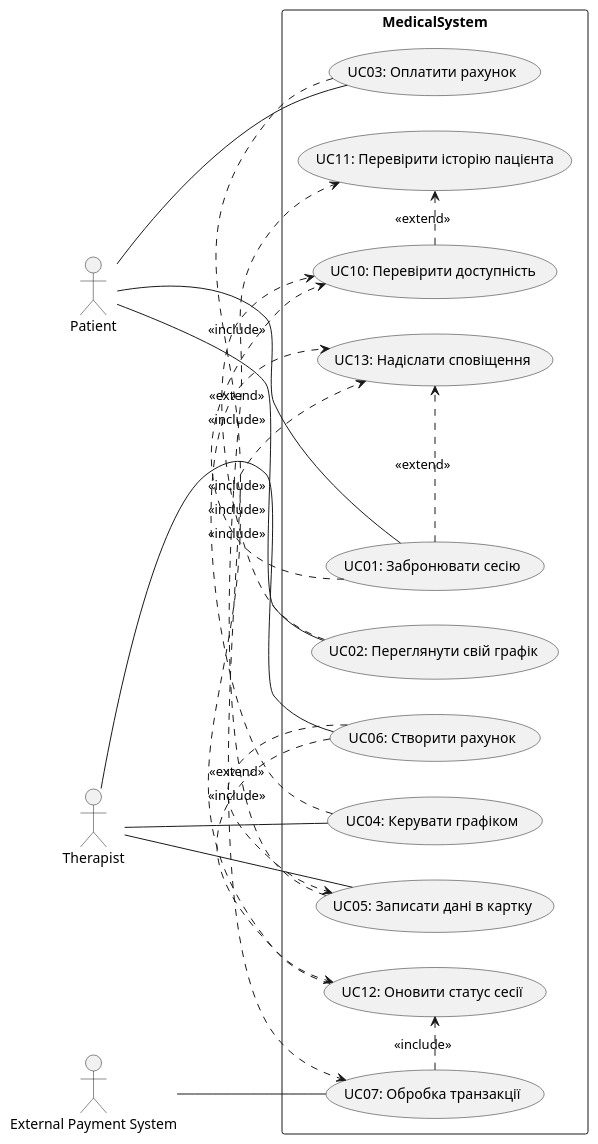
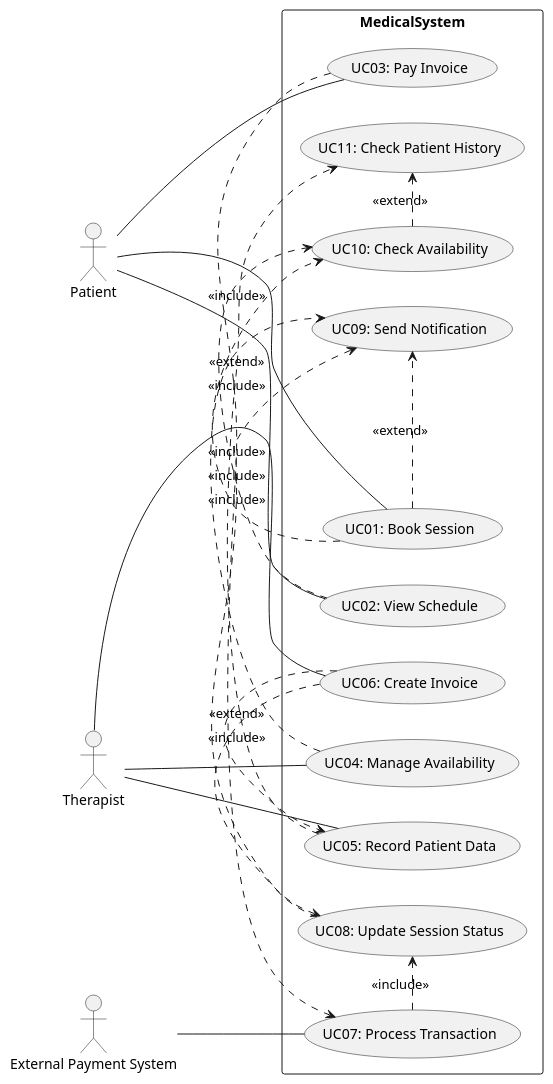
One commit to denhlushkov/Reability changed the diagram in source/lab2/UC_diagram.puml. Above: the diagram before and after it, drawn with PlantUML. The commit also changed 1 other file, not shown here.

```diff
--- a/source/lab2/UC_diagram.puml
+++ b/source/lab2/UC_diagram.puml
@@ -1,76 +1,63 @@
 @startuml
 left to right direction
 skinparam packageStyle rectangle
 
 actor "Patient" as P
 actor "Therapist" as T
 actor "External Payment System" as EPS
 
 package MedicalSystem {
-    ' Варіанти використання Пацієнта
-    (UC01: Забронювати сесію) as UC_BOOK
-    (UC02: Переглянути свій графік) as UC_VIEW_P_SCHED
-    (UC03: Оплатити рахунок) as UC_PAY
+    ' Core Use Cases (UC01 - UC07)
+    (UC01: Book Session) as UC_BOOK
+    (UC02: View Schedule) as UC_VIEW_SCHED
+    (UC03: Pay Invoice) as UC_PAY
+    (UC04: Manage Availability) as UC_MANAGE_T_SCHED
+    (UC05: Record Patient Data) as UC_RECORD_DATA
+    (UC06: Create Invoice) as UC_CREATE_INV
+    (UC07: Process Transaction) as UC_PROCESS_TRANS
 
-    ' Варіанти використання Терапевта
-    (UC04: Керувати графіком) as UC_MANAGE_T_SCHED
-    (UC05: Записати дані в картку) as UC_RECORD_DATA
-    (UC06: Створити рахунок) as UC_CREATE_INV
+    ' Auxiliary Use Cases (UC08 - UC11)
+    (UC08: Update Session Status) as UC_UPDATE_STATUS
+    (UC09: Send Notification) as UC_NOTIFY
+    (UC10: Check Availability) as UC_CHECK_AVAIL
+    (UC11: Check Patient History) as UC_CHECK_HISTORY
 
-    ' Варіант використання Системи оплати
-    (UC07: Обробка транзакції) as UC_PROCESS_TRANS
-
-    ' Допоміжні UC для забезпечення зв'язків
-    (UC10: Перевірити доступність) as UC_CHECK_AVAIL
-    (UC11: Перевірити історію пацієнта) as UC_CHECK_HISTORY
-    (UC12: Оновити статус сесії) as UC_UPDATE_STATUS
-    (UC13: Надіслати сповіщення) as UC_NOTIFY
-
-    ' Асоціації Акторів
+    ' Actor Associations
     P -- UC_BOOK
-    P -- UC_VIEW_P_SCHED
+    P -- UC_VIEW_SCHED
     P -- UC_PAY
     T -- UC_MANAGE_T_SCHED
     T -- UC_RECORD_DATA
     T -- UC_CREATE_INV
     EPS -- UC_PROCESS_TRANS
 
-    ' Зв'язки Між UC (Взаємодія)
+    ' Include/Extend Relationships
 
-    ' 1. Зв'язок для UC01: Забронювати сесію
+    ' UC01: Book Session
     UC_BOOK .> UC_CHECK_AVAIL : <<include>>
     UC_BOOK .> UC_NOTIFY : <<extend>>
 
-    ' 2. Зв'язок для UC02: Переглянути свій графік
-    UC_VIEW_P_SCHED .> UC_CHECK_AVAIL : <<include>>
+    ' UC02: View Schedule
+    UC_VIEW_SCHED .> UC_CHECK_AVAIL : <<include>> 
 
-    ' 3. Зв'язок для UC03: Оплатити рахунок
+    ' UC03: Pay Invoice
     UC_PAY .> UC_PROCESS_TRANS : <<include>>
 
-    ' 4. Зв'язок для UC04: Керувати графіком
-    UC_MANAGE_T_SCHED .> UC_NOTIFY : <<extend>>
+    ' UC04: Manage Availability
+    UC_MANAGE_T_SCHED .> UC_NOTIFY : <<extend>> 
 
-    ' 5. Зв'язок для UC05: Записати дані в картку
+    ' UC05: Record Patient Data
     UC_RECORD_DATA .> UC_CHECK_HISTORY : <<include>>
 
-    ' 6. Зв'язок для UC06: Створити рахунок
+    ' UC06: Create Invoice
     UC_CREATE_INV .> UC_UPDATE_STATUS : <<include>>
     UC_CREATE_INV .> UC_RECORD_DATA : <<extend>> 
 
-    ' 7. Зв'язок для UC07: Обробка транзакції
+    ' UC07: Process Transaction
     UC_PROCESS_TRANS .> UC_UPDATE_STATUS : <<include>>
 
-    ' 8. Зв'язок для UC10: Перевірити доступність
-    UC_CHECK_AVAIL .> UC_CHECK_HISTORY : <<extend>> 
-
-    ' 9. Зв'язок для UC11: Перевірити історію пацієнта
-    ' Зв'язок вже є (UC05 -> UC11; UC10 -> UC11)
-
-    ' 10. Зв'язок для UC12: Оновити статус сесії
-    ' Зв'язок вже є (UC06 -> UC12; UC07 -> UC12)
+    ' Interconnection of Auxiliary UCs
+    UC_CHECK_AVAIL .> UC_CHECK_HISTORY : <<extend>>
     UC_UPDATE_STATUS .> UC_NOTIFY : <<include>>
-
-    ' 11. Зв'язок для UC13: Надіслати сповіщення
-    ' Зв'язок вже є (UC01 -> UC13; UC04 -> UC13; UC12 -> UC13)
 }
 @enduml
```
